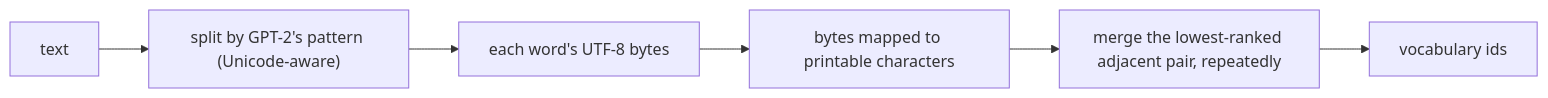
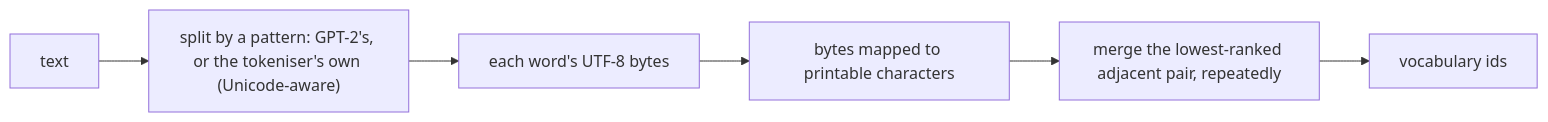
Diagram 25 of 26 in DESIGN.md (nogginly/tensomite.cr), drawn with Mermaid before and after one commit. The commit also changed other lines of this file and 10 other files, not shown here.

````diff
--- a/DESIGN.md
+++ b/DESIGN.md
@@ -864,8 +864,8 @@
 ```mermaid
 flowchart LR
-    Text["text"] --> Words["split by GPT-2's pattern (Unicode-aware)"]
+    Text["text"] --> Words["split by a pattern: GPT-2's, or the tokeniser's own (Unicode-aware)"]
     Words --> Bytes["each word's UTF-8 bytes"]
     Bytes --> Chars["bytes mapped to printable characters"]
     Chars --> Merge["merge the lowest-ranked adjacent pair, repeatedly"]
     Merge --> Ids["vocabulary ids"]
 ```
````
